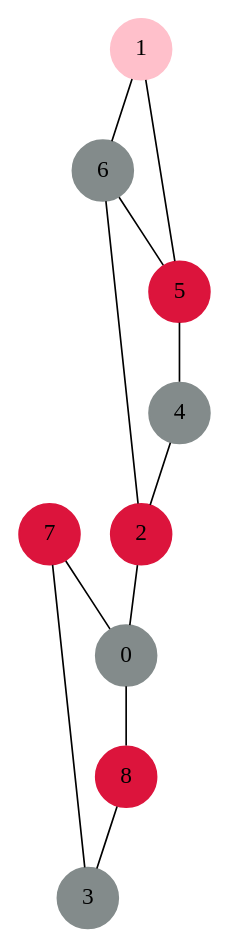
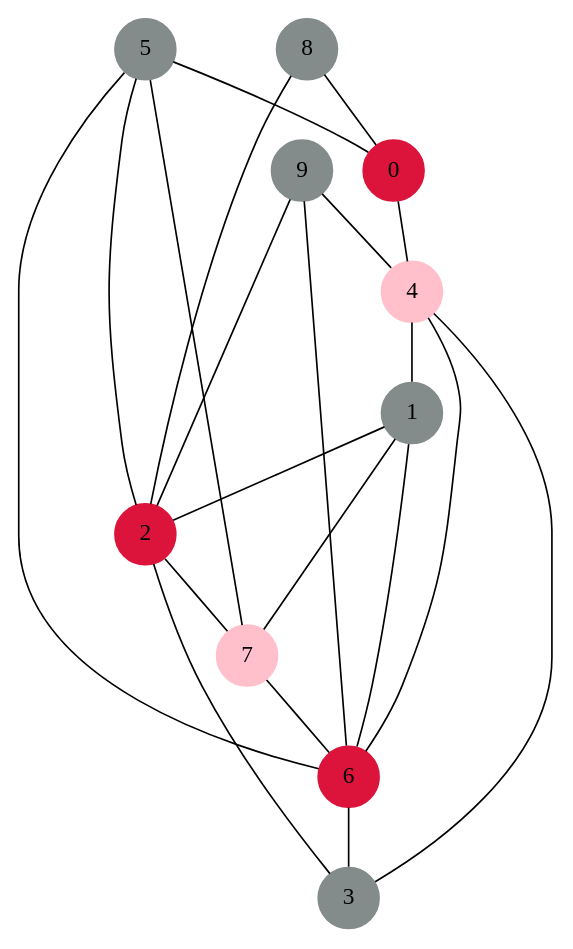
The diagram in exact.dot (zakoo20122/gceda), drawn with Graphviz before and after one commit. The commit also changed 7 other files, not shown here.

```diff
--- a/exact.dot
+++ b/exact.dot
@@ -1,23 +1,33 @@
 graph G { 
 graph [splines = true] node [height=0.4 shape=circle style=filled]
 3 [ color= azure4] ;
 2 [ color= crimson] ;
-1 [ color= pink] ;
-0 [ color= azure4] ;
-7 [ color= crimson] ;
-6 [ color= azure4] ;
-5 [ color= crimson] ;
-4 [ color= azure4] ;
-8 [ color= crimson] ;
-2 -- 0;
+1 [ color= azure4] ;
+0 [ color= crimson] ;
+7 [ color= pink] ;
+6 [ color= crimson] ;
+5 [ color= azure4] ;
+4 [ color= pink] ;
+9 [ color= azure4] ;
+8 [ color= azure4] ;
+2 -- 7;
+2 -- 3;
+1 -- 2;
+1 -- 7;
 1 -- 6;
-1 -- 5;
-0 -- 8;
-7 -- 0;
-7 -- 3;
-6 -- 5;
-6 -- 2;
-5 -- 4;
-4 -- 2;
-8 -- 3;
+0 -- 4;
+7 -- 6;
+6 -- 3;
+5 -- 0;
+5 -- 2;
+5 -- 6;
+5 -- 7;
+4 -- 3;
+4 -- 6;
+4 -- 1;
+9 -- 2;
+9 -- 4;
+9 -- 6;
+8 -- 0;
+8 -- 2;
 }
```
